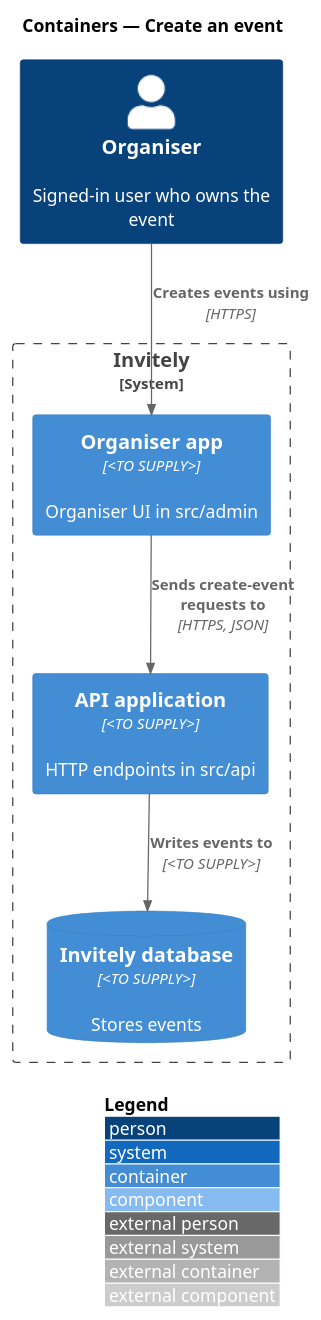
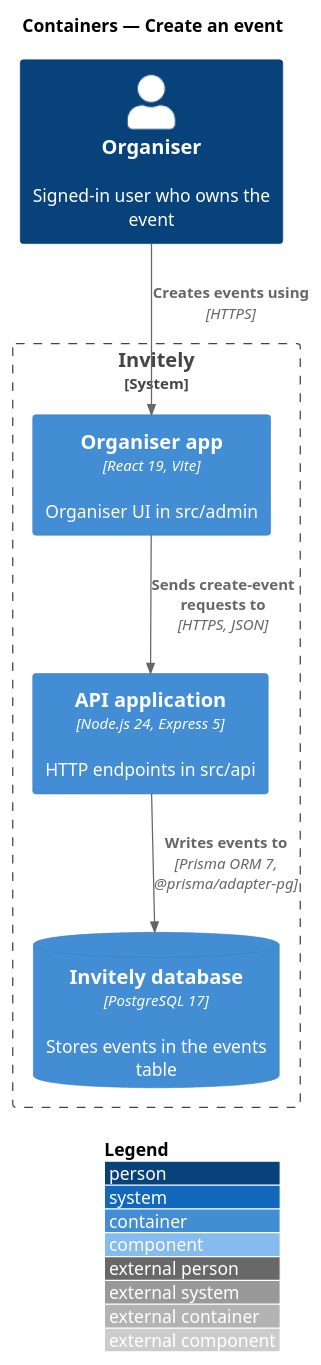
The diagram in docs/detailed-designs/events/create-event/diagrams/c4-container.puml (QuinntyneBrown/rsvp-cms), drawn with PlantUML before and after one commit. The commit also changed 45 other files, not shown here.

Commit message:
Add design-system component pages and tokens.json, fill in technologies in design diagrams

```diff
--- a/docs/detailed-designs/events/create-event/diagrams/c4-container.puml
+++ b/docs/detailed-designs/events/create-event/diagrams/c4-container.puml
@@ -1,16 +1,16 @@
 @startuml
 !include <C4/C4_Component>
 LAYOUT_WITH_LEGEND()
 title Containers — Create an event
 
 Person(organiser, "Organiser", "Signed-in user who owns the event")
 System_Boundary(invitely, "Invitely") {
-  Container(admin, "Organiser app", "<TO SUPPLY>", "Organiser UI in src/admin")
-  Container(api, "API application", "<TO SUPPLY>", "HTTP endpoints in src/api")
-  ContainerDb(db, "Invitely database", "<TO SUPPLY>", "Stores events")
+  Container(admin, "Organiser app", "React 19, Vite", "Organiser UI in src/admin")
+  Container(api, "API application", "Node.js 24, Express 5", "HTTP endpoints in src/api")
+  ContainerDb(db, "Invitely database", "PostgreSQL 17", "Stores events in the events table")
 }
 
 Rel(organiser, admin, "Creates events using", "HTTPS")
 Rel(admin, api, "Sends create-event requests to", "HTTPS, JSON")
-Rel(api, db, "Writes events to", "<TO SUPPLY>")
+Rel(api, db, "Writes events to", "Prisma ORM 7, @prisma/adapter-pg")
 @enduml
```
